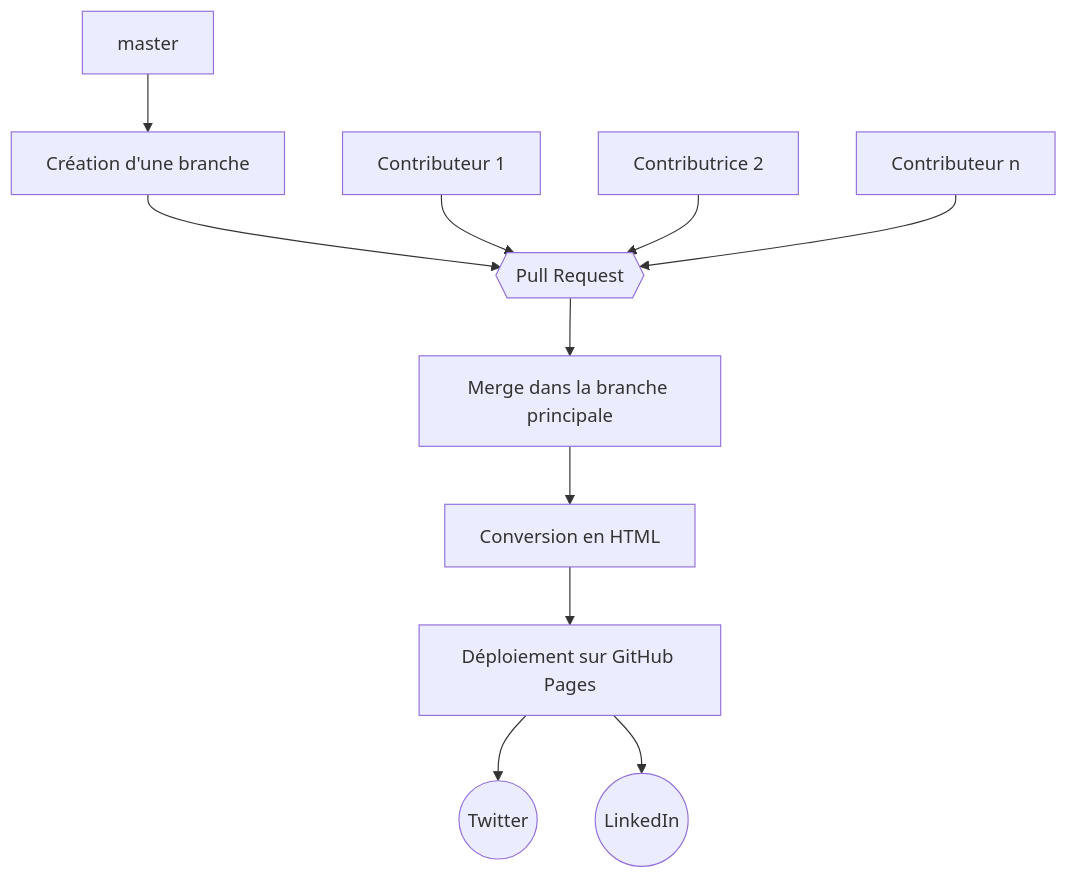
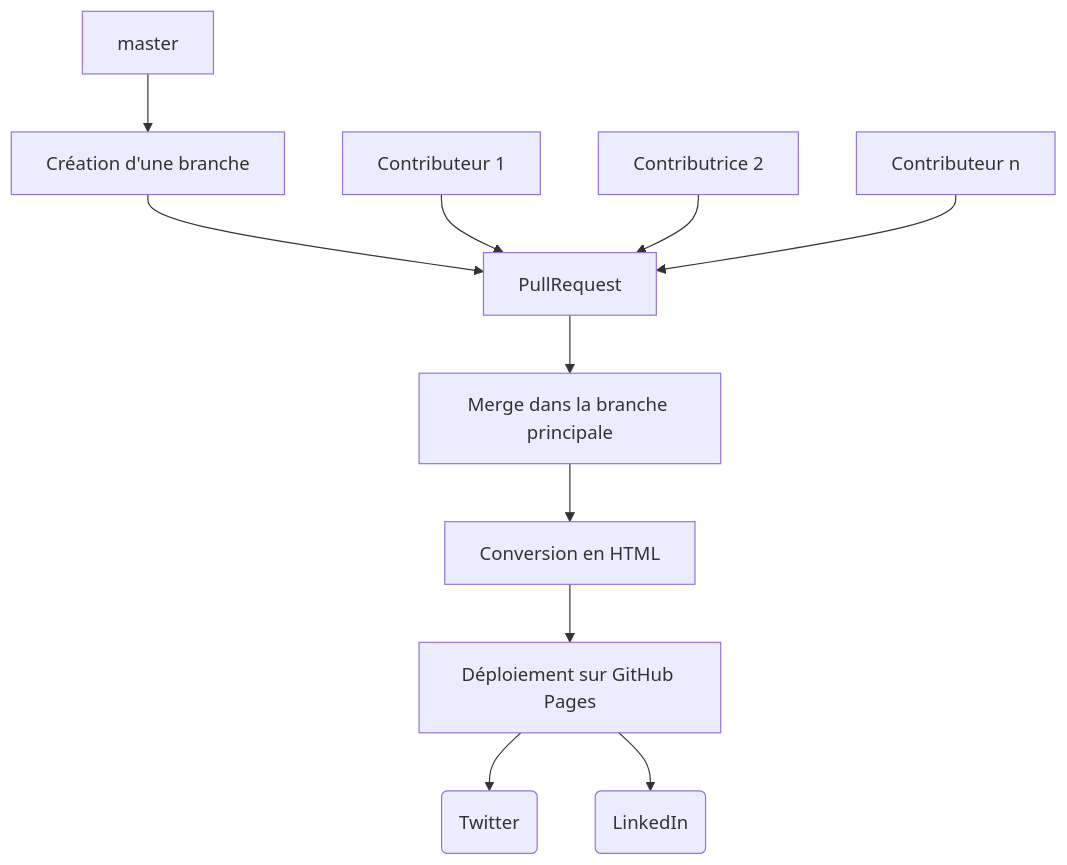
The first of 2 diagrams in content/contribuer/guides/diagrams.md (geotribu/website), drawn with Mermaid before and after one commit. The commit also changed other lines of this file, not shown here.

Commit message:
Use 8.8.4

````diff
--- a/content/contribuer/guides/diagrams.md
+++ b/content/contribuer/guides/diagrams.md
@@ -50,12 +50,12 @@
 ```mermaid
-graph TD;
-    Z["master"]-->A["Création d'une branche"]-->B{{"Pull Request"}};
+graph TD
+    Z["master"]-->A["Création d'une branche"]-->B["PullRequest"];
     C["Contributeur 1"]-->B;
     D["Contributrice 2"]-->B;
     E["Contributeur n"]-->B;
     B-->F["Merge dans la branche principale"];
     F-->G["Conversion en HTML"];
     G-->H["Déploiement sur GitHub Pages"];
-    H-->I(("Twitter"));
-    H-->J(("LinkedIn"));
+    H-->I("Twitter");
+    H-->J("LinkedIn");
 ```
````
